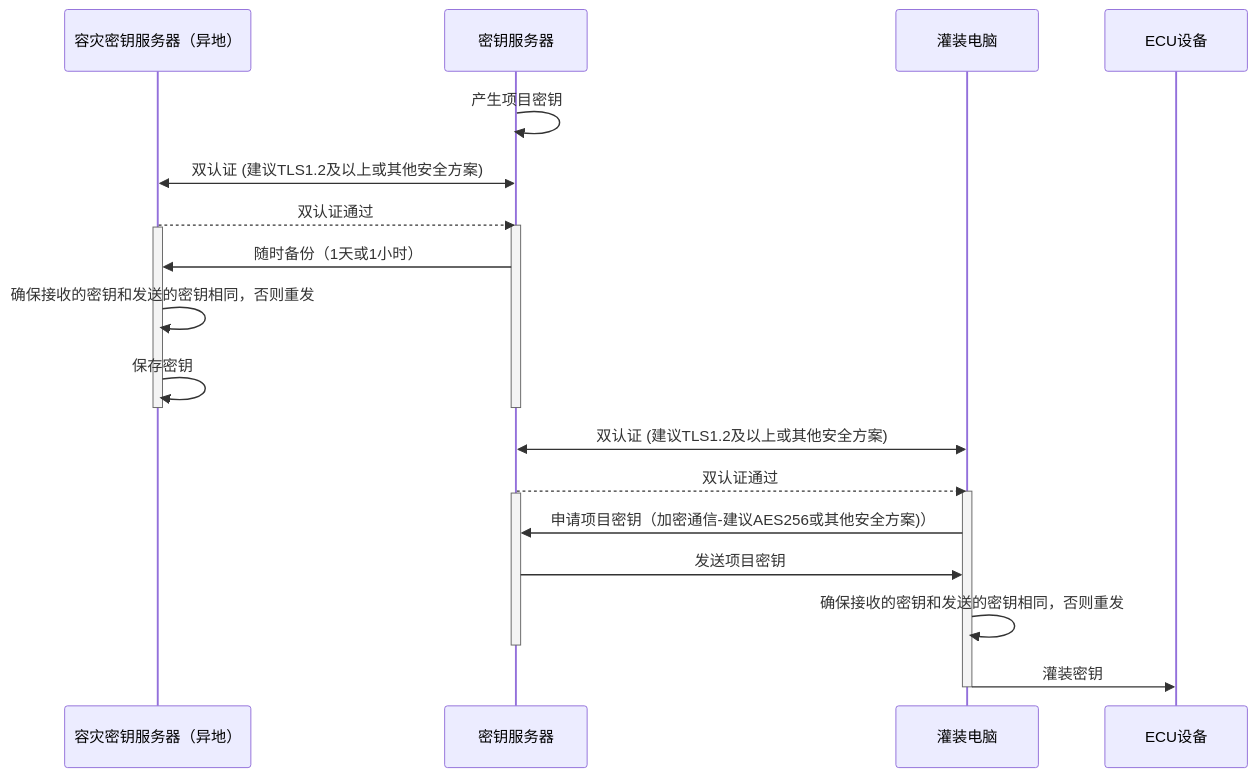
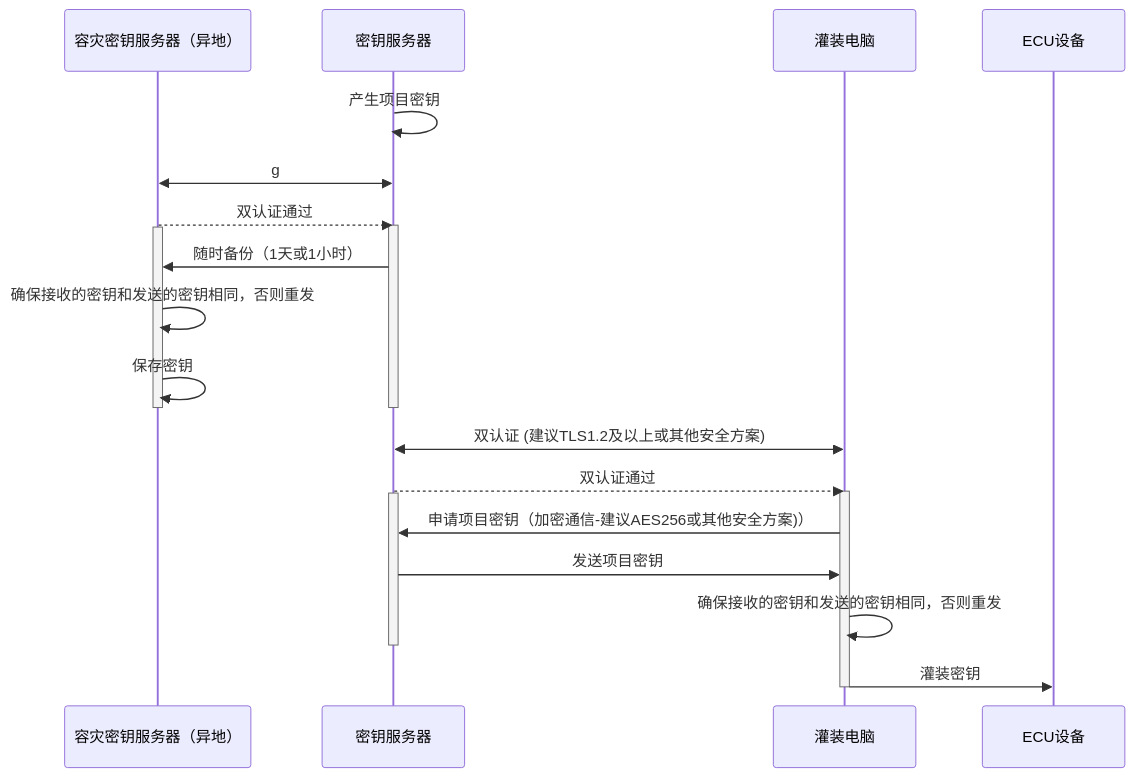
One commit to facebook-cloud/iodraw-files changed the diagram in all/未命名-15.md. Above: the diagram before and after it, drawn with Mermaid.

Commit message:
2026-02-07 09:45:45 update

````diff
--- a/all/未命名-15.md
+++ b/all/未命名-15.md
@@ -1,32 +1,32 @@
 ```mermaid
 sequenceDiagram
     participant B as 容灾密钥服务器（异地）
     participant A as 密钥服务器
     participant C as 灌装电脑
     participant D as ECU设备
 
     A->>A: 产生项目密钥
-    A<<->>B: 双认证 (建议TLS1.2及以上或其他安全方案)
+    A<<->>B: g
     B-->>A: 双认证通过
     activate A
     activate B
     A->>B: 随时备份（1天或1小时）
 
     B->>B: 确保接收的密钥和发送的密钥相同，否则重发
     B->>B: 保存密钥
     deactivate B
     deactivate A
 
     C<<->>A: 双认证 (建议TLS1.2及以上或其他安全方案)
     A-->>C: 双认证通过
     activate C
     activate A
     C->>A: 申请项目密钥（加密通信-建议AES256或其他安全方案)）
     A->>C: 发送项目密钥
 
     C->>C: 确保接收的密钥和发送的密钥相同，否则重发
     deactivate A
     C->>D: 灌装密钥
     deactivate C
 
 ```
````
